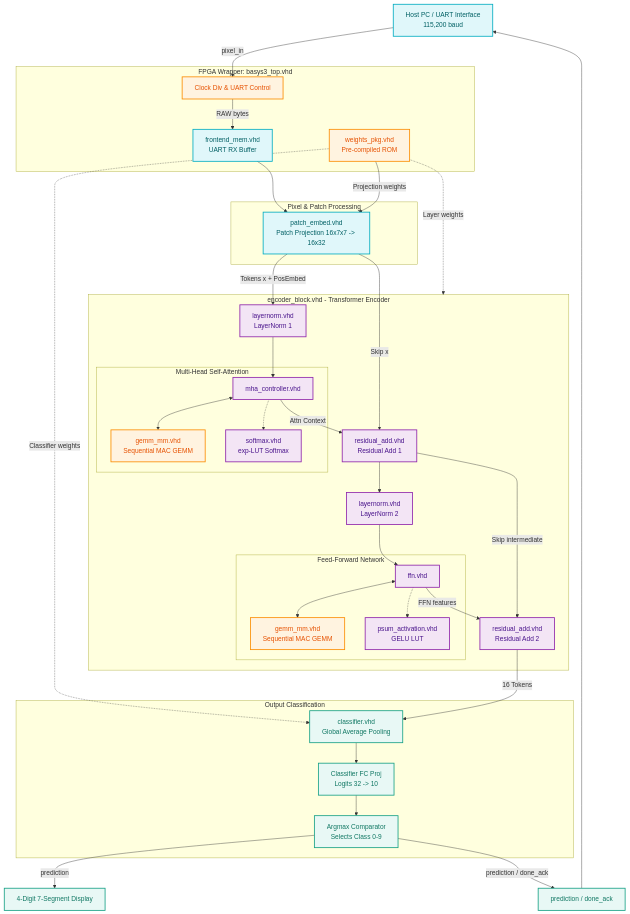
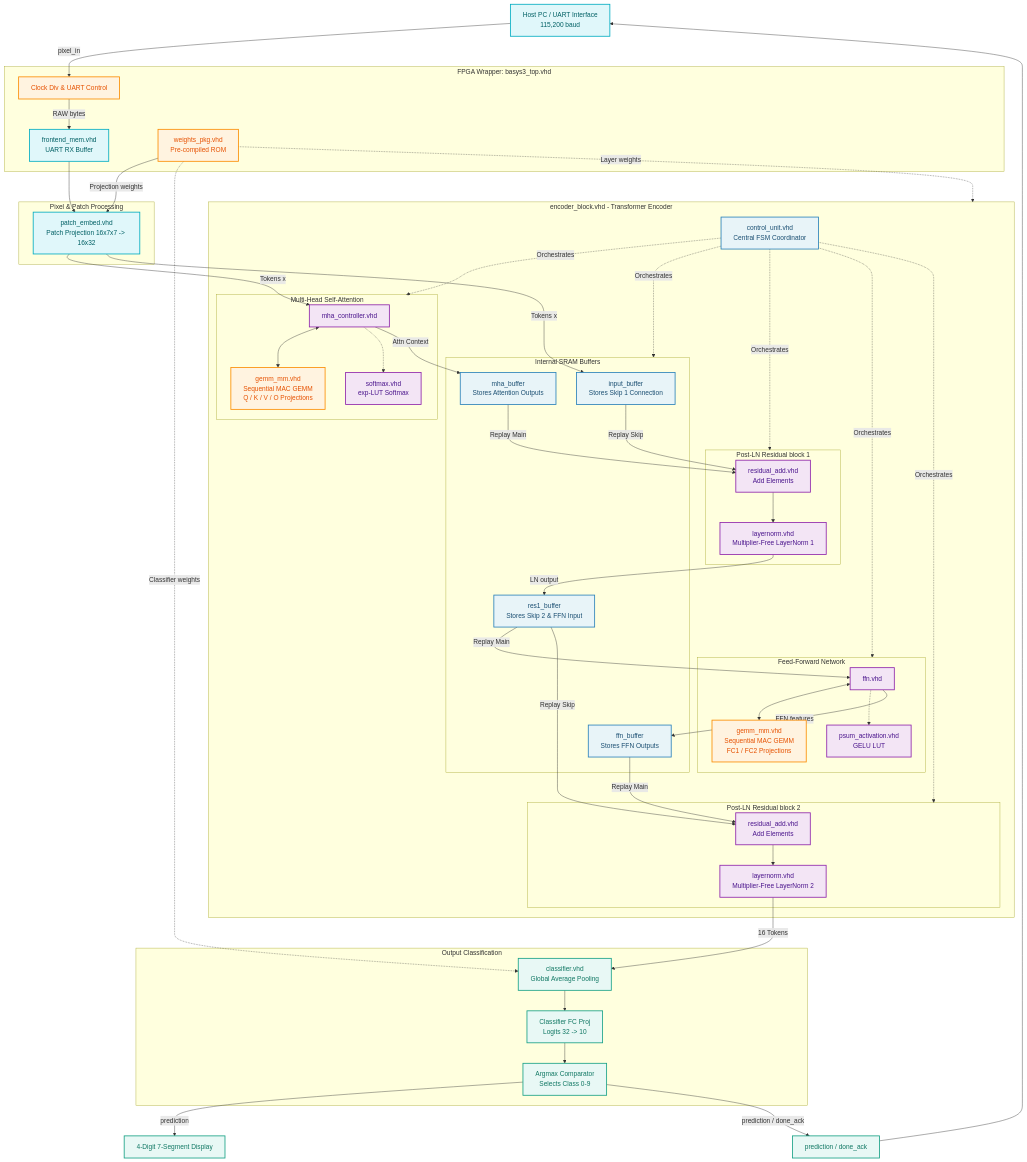
One commit to agentzz1/transformer_poc changed the diagram in README.md. Above: the diagram before and after it, drawn with Mermaid.

Commit message:
docs: structurally align README flowchart to encoder_block VHDL instantiations

````diff
--- a/README.md
+++ b/README.md
@@ -158,8 +158,9 @@
     classDef orange fill:#fff3e0,stroke:#fb8c00,stroke-width:2px,color:#e65100;
     classDef purple fill:#f3e5f5,stroke:#8e24aa,stroke-width:2px,color:#4a148c;
     classDef green fill:#e8f8f5,stroke:#16a085,stroke-width:2px,color:#117864;
+    classDef blue fill:#e8f4f8,stroke:#2980b9,stroke-width:2px,color:#1b4f72;
 
-    %% Nodes
+    %% Global Nodes
     Host[Host PC / UART Interface<br>115,200 baud]:::cyan
     Display[4-Digit 7-Segment Display]:::green
     Ack[prediction / done_ack]:::green
@@ -175,24 +176,39 @@
     end
 
     subgraph Encoder [encoder_block.vhd - Transformer Encoder]
-        LN1[layernorm.vhd<br>LayerNorm 1]:::purple
-        
+        %% Control
+        CU[control_unit.vhd<br>Central FSM Coordinator]:::blue
+
+        %% Local SRAM Buffers for data decoupling and replay
+        subgraph SRAM_Buffers [Internal SRAM Buffers]
+            input_buf[input_buffer<br>Stores Skip 1 Connection]:::blue
+            mha_buf[mha_buffer<br>Stores Attention Outputs]:::blue
+            res1_buf[res1_buffer<br>Stores Skip 2 & FFN Input]:::blue
+            ffn_buf[ffn_buffer<br>Stores FFN Outputs]:::blue
+        end
+
+        %% Sublayers
         subgraph MHA_Block [Multi-Head Self-Attention]
             MHA[mha_controller.vhd]:::purple
-            GEMM_MM1[gemm_mm.vhd<br>Sequential MAC GEMM]:::orange
+            GEMM_MM1[gemm_mm.vhd<br>Sequential MAC GEMM<br>Q / K / V / O Projections]:::orange
             Softmax[softmax.vhd<br>exp-LUT Softmax]:::purple
         end
         
-        Res1[residual_add.vhd<br>Residual Add 1]:::purple
-        LN2[layernorm.vhd<br>LayerNorm 2]:::purple
+        subgraph ResAdd_1 [Post-LN Residual block 1]
+            Res1[residual_add.vhd<br>Add Elements]:::purple
+            LN1[layernorm.vhd<br>Multiplier-Free LayerNorm 1]:::purple
+        end
         
         subgraph FFN_Block [Feed-Forward Network]
             FFN[ffn.vhd]:::purple
-            GEMM_MM2[gemm_mm.vhd<br>Sequential MAC GEMM]:::orange
+            GEMM_MM2[gemm_mm.vhd<br>Sequential MAC GEMM<br>FC1 / FC2 Projections]:::orange
             GELU[psum_activation.vhd<br>GELU LUT]:::purple
         end
-        
-        Res2[residual_add.vhd<br>Residual Add 2]:::purple
+
+        subgraph ResAdd_2 [Post-LN Residual block 2]
+            Res2[residual_add.vhd<br>Add Elements]:::purple
+            LN2[layernorm.vhd<br>Multiplier-Free LayerNorm 2]:::purple
+        end
     end
 
     subgraph Backend [Output Classification]
@@ -201,7 +217,7 @@
         Argmax[Argmax Comparator<br>Selects Class 0-9]:::green
     end
 
-    %% Connections
+    %% Flow connections
     Host -->|pixel_in| Top
     Top -->|RAW bytes| FrontMem
     FrontMem --> Embed
@@ -210,30 +226,45 @@
     WeightsROM -.->|Layer weights| Encoder
     WeightsROM -.->|Classifier weights| Classifier
 
-    Embed -->|Tokens x + PosEmbed| LN1
+    %% Encoder Routing
+    Embed -->|Tokens x| MHA
+    Embed -->|Tokens x| input_buf
     
-    %% Encoder Pipeline
-    LN1 --> MHA
+    %% MHA Internal
     MHA <--> GEMM_MM1
     MHA -.-> Softmax
+    MHA -->|Attn Context| mha_buf
     
-    MHA -->|Attn Context| Res1
-    Embed -->|Skip x| Res1
+    %% ResAdd 1
+    mha_buf -->|Replay Main| Res1
+    input_buf -->|Replay Skip| Res1
+    Res1 --> LN1
+    LN1 -->|LN output| res1_buf
     
-    Res1 --> LN2
-    LN2 --> FFN
+    %% FFN Internal
+    res1_buf -->|Replay Main| FFN
     FFN <--> GEMM_MM2
     FFN -.-> GELU
+    FFN -->|FFN features| ffn_buf
     
-    FFN -->|FFN features| Res2
-    Res1 -->|Skip intermediate| Res2
+    %% ResAdd 2
+    ffn_buf -->|Replay Main| Res2
+    res1_buf -->|Replay Skip| Res2
+    Res2 --> LN2
     
-    %% Backend Pipeline
-    Res2 -->|16 Tokens| Classifier
+    %% Backend Routing
+    LN2 -->|16 Tokens| Classifier
     Classifier --> FC
     FC --> Argmax
     
     Argmax -->|prediction| Display
     Argmax -->|prediction / done_ack| Ack
     Ack --> Host
+
+    %% Control Lines (conceptual)
+    CU -.->|Orchestrates| MHA_Block
+    CU -.->|Orchestrates| SRAM_Buffers
+    CU -.->|Orchestrates| ResAdd_1
+    CU -.->|Orchestrates| FFN_Block
+    CU -.->|Orchestrates| ResAdd_2
 ```
````
